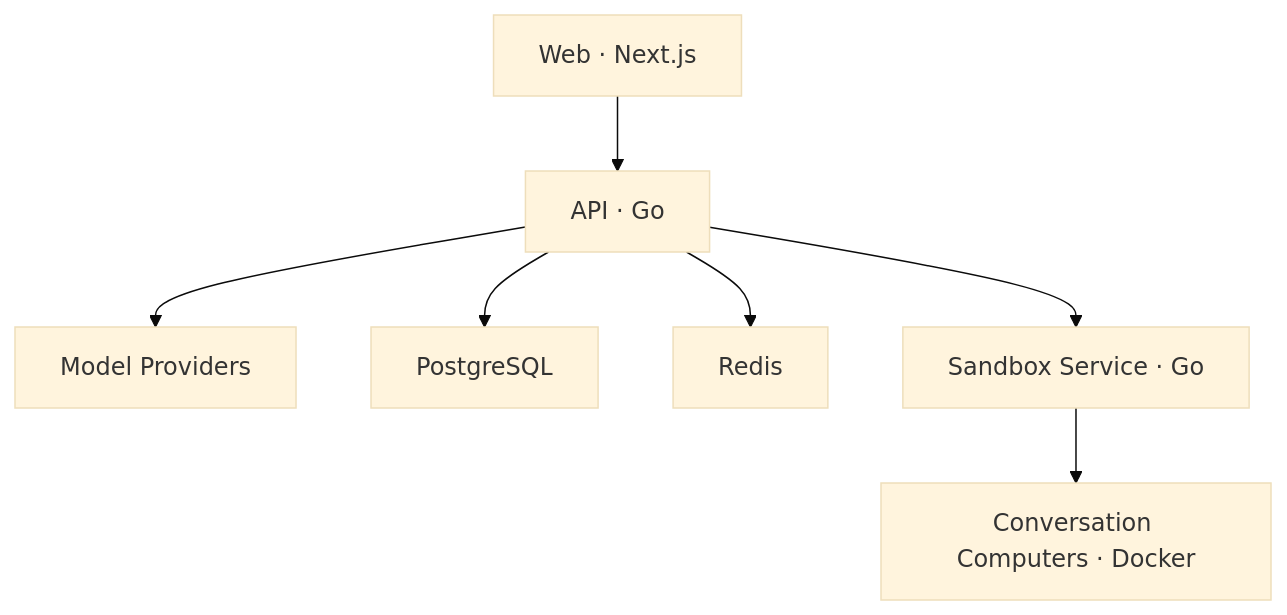
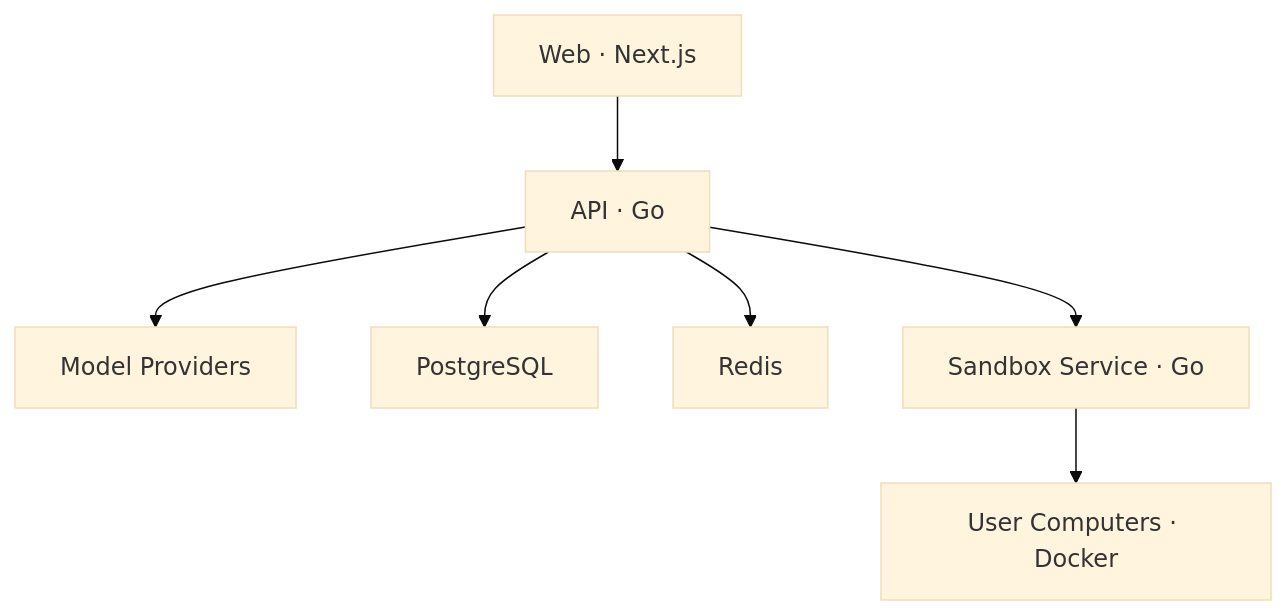
Before and after one commit to biubiuqiu/lester-agent: the diagram in README.md, drawn with Mermaid (base theme). The commit also changed other lines of this file and 33 other files, not shown here.

````diff
--- a/README.md
+++ b/README.md
@@ -38,9 +38,9 @@
 ```mermaid
 flowchart TD
     Web["Web · Next.js"] --> API["API · Go"]
     API --> Model["Model Providers"]
     API --> PostgreSQL
     API --> Redis
     API --> Sandbox["Sandbox Service · Go"]
-    Sandbox --> Docker["Conversation Computers · Docker"]
+    Sandbox --> Docker["User Computers · Docker"]
 ```
````
